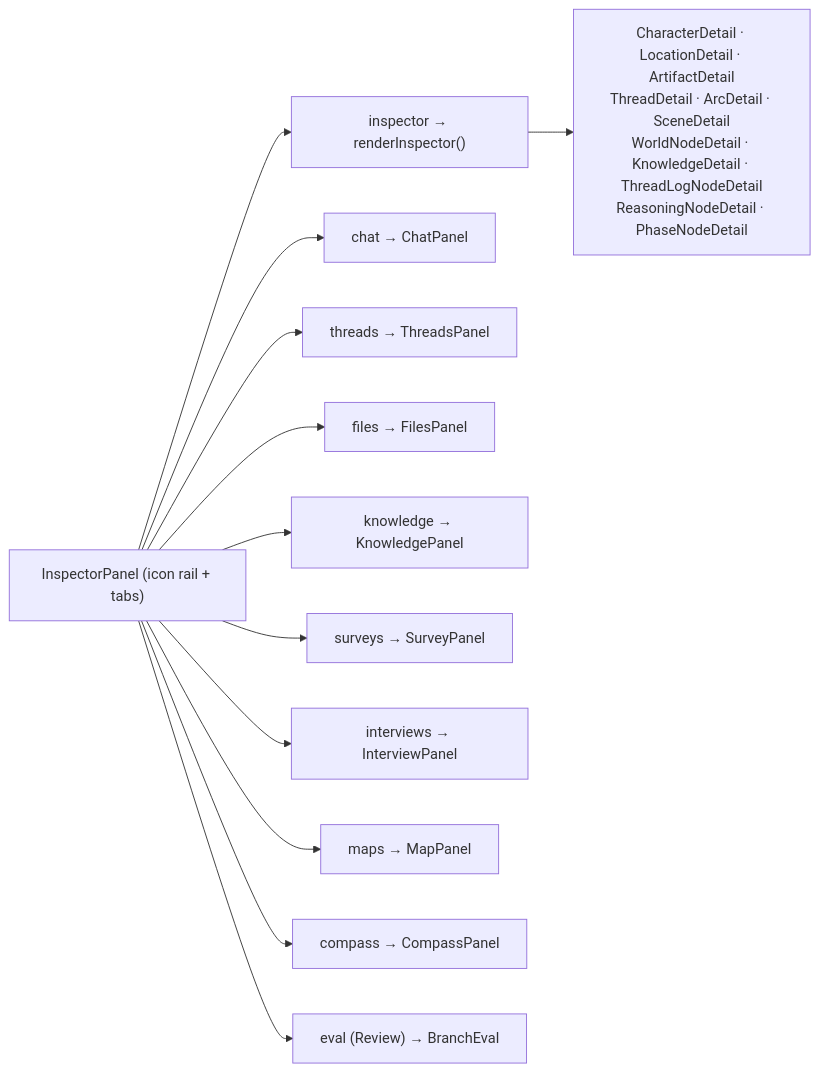
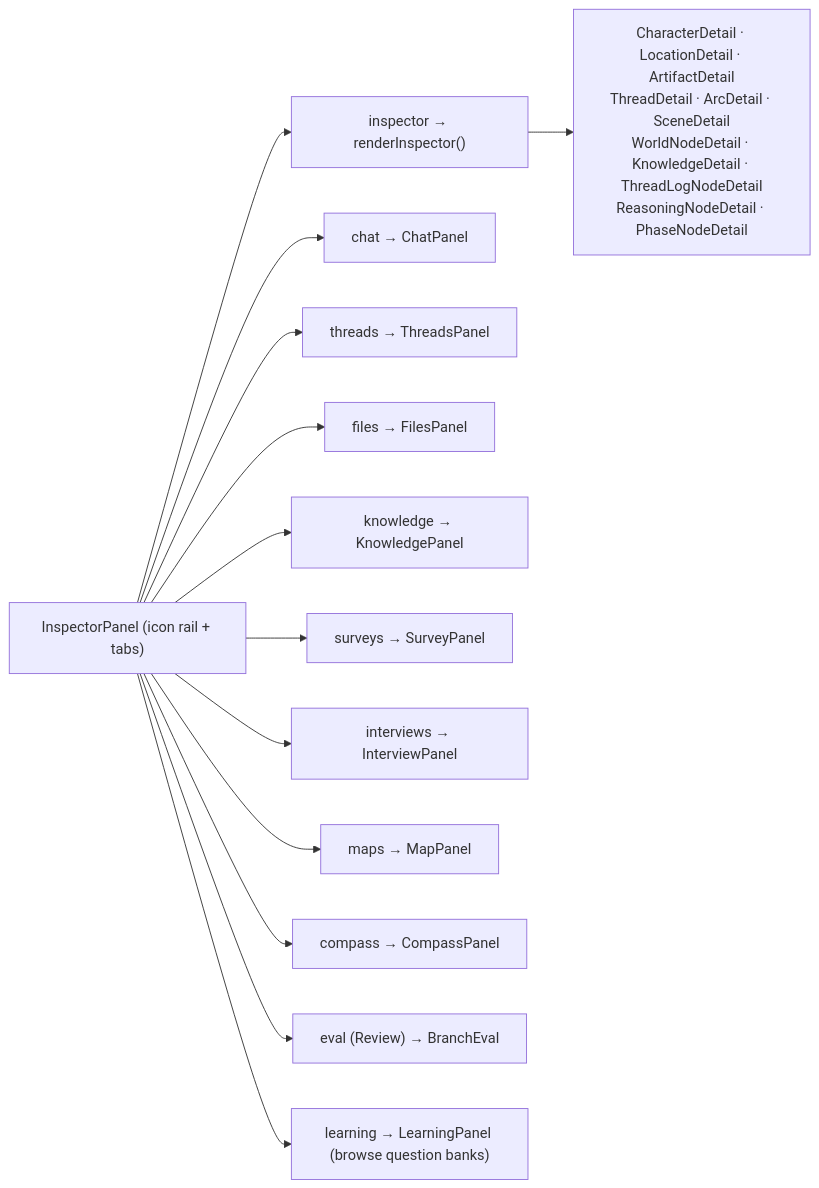
The fourth of 7 diagrams in MERMAID.md (jasonyu0100/meridians), drawn with Mermaid before and after one commit. The commit also changed other lines of this file and 1 other file, not shown here.

First line of the commit message:
Docs: map the Learning question-bank feature in MERMAID + regen TREE

````diff
--- a/MERMAID.md
+++ b/MERMAID.md
@@ -103,15 +104,16 @@
 ```mermaid
 flowchart LR
     SP["InspectorPanel (icon rail + tabs)"]
     SP --> T1["inspector → renderInspector()"]
     SP --> T2["chat → ChatPanel"]
     SP --> T3["threads → ThreadsPanel"]
     SP --> T4["files → FilesPanel"]
     SP --> T5["knowledge → KnowledgePanel"]
     SP --> T6["surveys → SurveyPanel"]
     SP --> T7["interviews → InterviewPanel"]
     SP --> T8["maps → MapPanel"]
     SP --> T9["compass → CompassPanel"]
     SP --> T10["eval (Review) → BranchEval"]
+    SP --> T11["learning → LearningPanel (browse question banks)"]
     T1 --> D["CharacterDetail · LocationDetail · ArtifactDetail<br/>ThreadDetail · ArcDetail · SceneDetail<br/>WorldNodeDetail · KnowledgeDetail · ThreadLogNodeDetail<br/>ReasoningNodeDetail · PhaseNodeDetail"]
 ```
````
